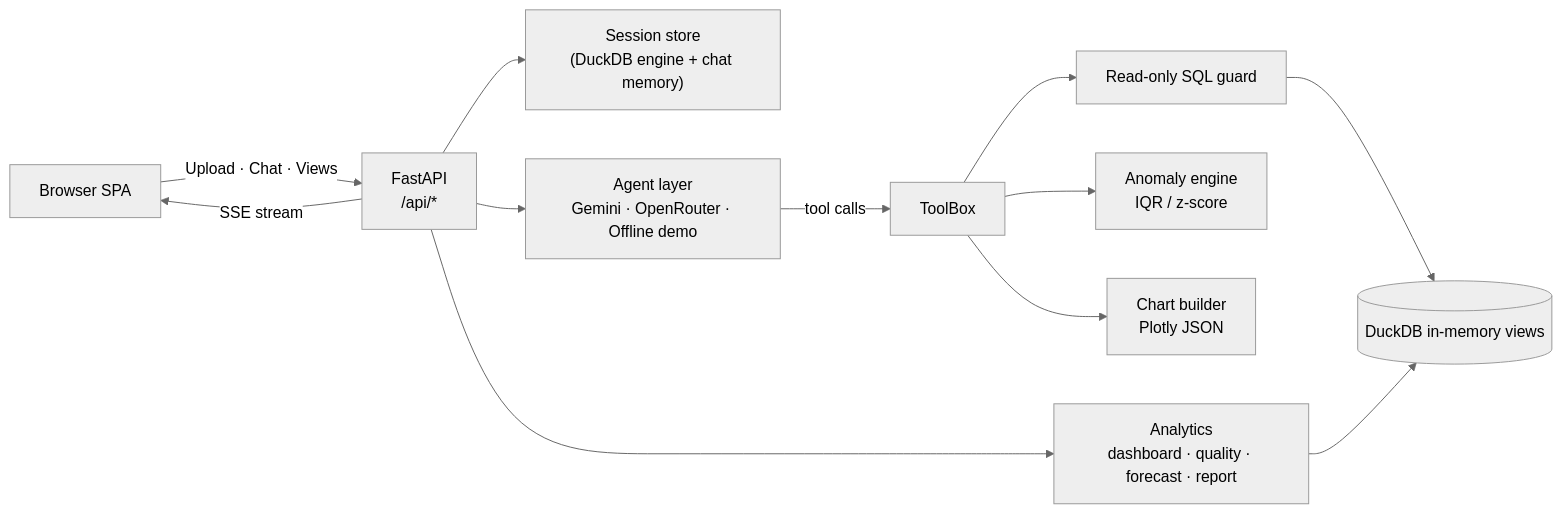
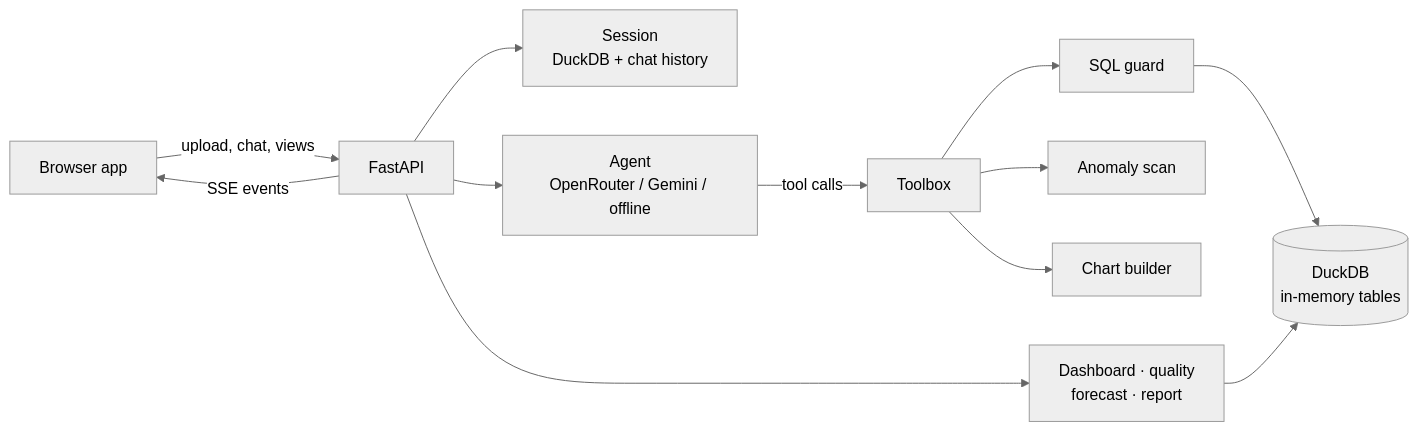
The diagram in README.md (mayankrajray/ask-csv), drawn with Mermaid (neutral theme) before and after one commit. The commit also changed other lines of this file and 7 other files, not shown here.

````diff
--- a/README.md
+++ b/README.md
@@ -102,14 +163,14 @@
 ```mermaid
 flowchart LR
-  U["Browser SPA"] -->|"Upload · Chat · Views"| API["FastAPI<br/>/api/*"]
-  API -->|"SSE stream"| U
-  API --> S["Session store<br/>(DuckDB engine + chat memory)"]
-  API --> AG["Agent layer<br/>Gemini · OpenRouter · Offline demo"]
-  AG -->|"tool calls"| T["ToolBox"]
-  T --> G["Read-only SQL guard"]
-  G --> D[("DuckDB in-memory views")]
-  T --> A["Anomaly engine<br/>IQR / z-score"]
-  T --> C["Chart builder<br/>Plotly JSON"]
-  API --> AN["Analytics<br/>dashboard · quality · forecast · report"]
-  AN --> D
+  B["Browser app"] -->|"upload, chat, views"| API["FastAPI"]
+  API -->|"SSE events"| B
+  API --> SES["Session<br/>DuckDB + chat history"]
+  API --> AGT["Agent<br/>OpenRouter / Gemini / offline"]
+  AGT -->|"tool calls"| TB["Toolbox"]
+  TB --> GRD["SQL guard"]
+  GRD --> DB[("DuckDB<br/>in-memory tables")]
+  TB --> ANM["Anomaly scan"]
+  TB --> CHT["Chart builder"]
+  API --> ANL["Dashboard · quality<br/>forecast · report"]
+  ANL --> DB
 ```
````
